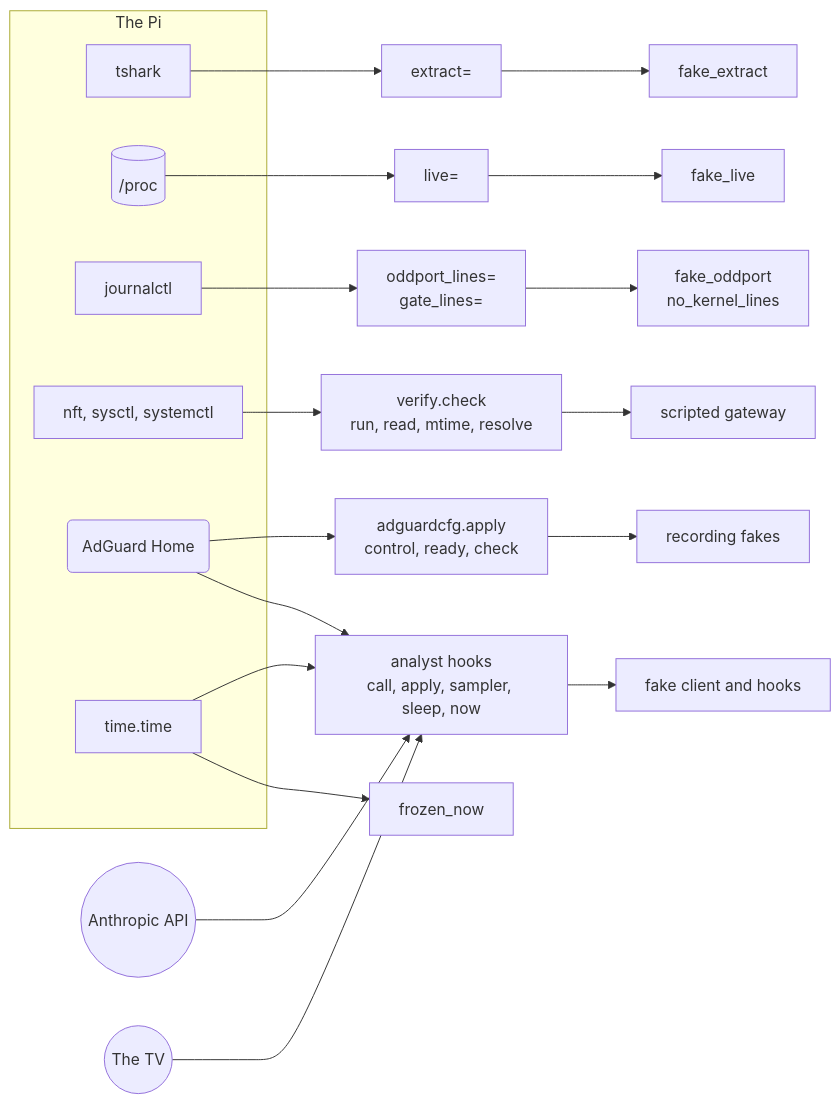
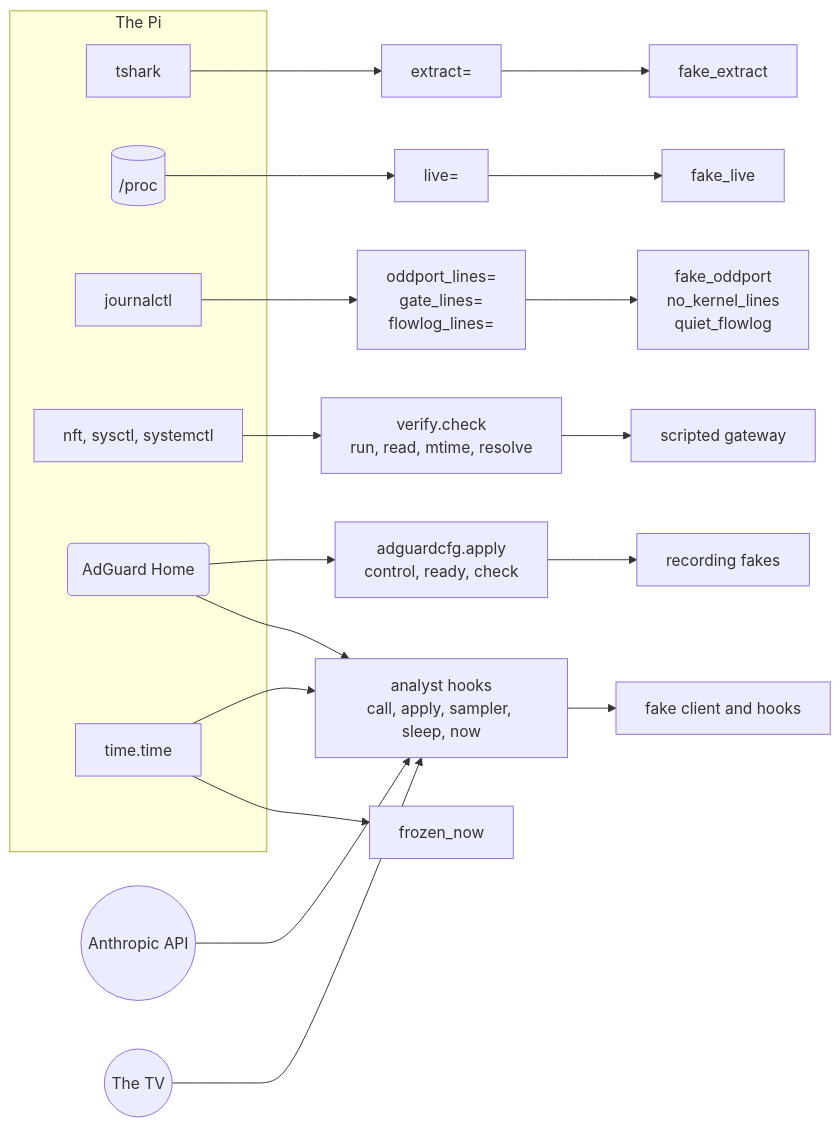
One commit to kywwilson11/tvgw changed the diagram in tests/README.md. Above: the diagram before and after it, drawn with Mermaid. The commit also changed other lines of this file and 2 other files, not shown here.

Commit message:
tests READMEs: the flowlog seam, the install lock, a fixed time zone
Carried in from main: the quiet_flowlog fixture and the flowlog_lines seam
(table and diagram); make hardware runs under flock on the install lock and
CI runs the suite as sync-install.sh's last command inside it; the deploy
tests that run pieces of install.sh and sync-install.sh; the pack test's
stored ZIP codes and device names. chicago_time sets a fixed TZ and no
longer calls it the gateway's (docs/README A12: no location).

````diff
--- a/tests/README.md
+++ b/tests/README.md
@@ -40,29 +41,29 @@
 ```mermaid
 flowchart LR
   subgraph pi["The Pi"]
     tshark["tshark"]
     proc[("/proc")]
     journal["journalctl"]
     nft["nft, sysctl, systemctl"]
     adguard("AdGuard Home")
     clock["time.time"]
   end
   api(("Anthropic API"))
   tv(("The TV"))
   tshark --> extract["extract="]
   proc --> live["live="]
-  journal --> lines["oddport_lines=<br/>gate_lines="]
+  journal --> lines["oddport_lines=<br/>gate_lines=<br/>flowlog_lines="]
   nft --> check["verify.check<br/>run, read, mtime, resolve"]
   adguard --> apply["adguardcfg.apply<br/>control, ready, check"]
   api --> hooks["analyst hooks<br/>call, apply, sampler, sleep, now"]
   adguard --> hooks
   tv --> hooks
   clock --> hooks
   clock --> frozenNow["frozen_now"]
   extract --> fakeExtract["fake_extract"]
   live --> fakeLive["fake_live"]
-  lines --> fakeOddport["fake_oddport<br/>no_kernel_lines"]
+  lines --> fakeOddport["fake_oddport<br/>no_kernel_lines<br/>quiet_flowlog"]
   check --> scripted["scripted gateway"]
   apply --> recorders["recording fakes"]
   hooks --> fakes["fake client and hooks"]
 ```
````
